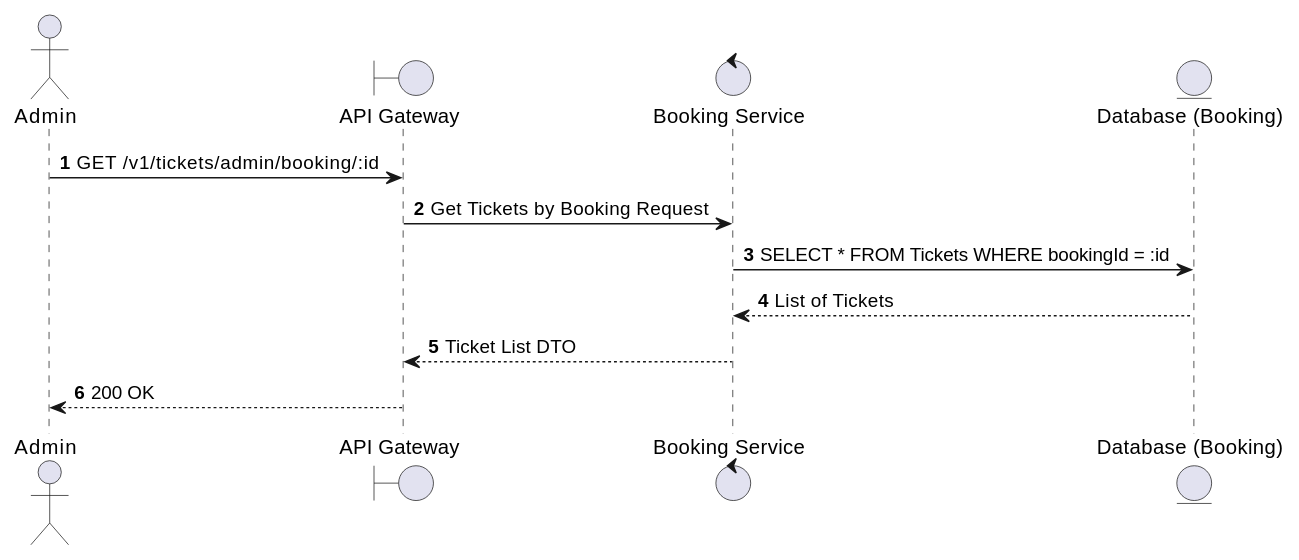
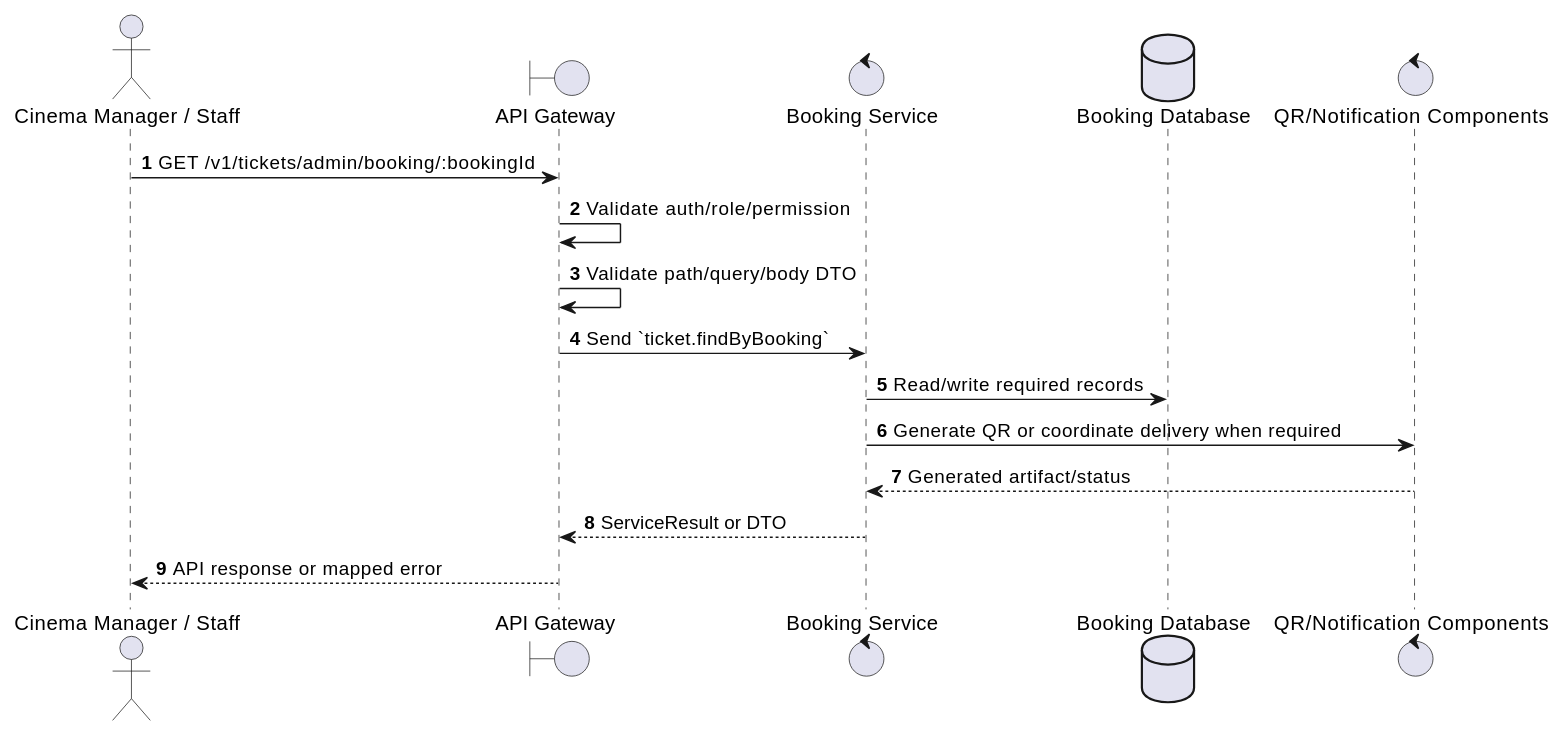
The first of 2 diagrams in docs/functional_specs/3.7_Ticket_Management_Module/TK-A03_Find_Tickets_by_Booking.md (Tanh1603/movie-hub-architecture), drawn with PlantUML before and after one commit. The commit also changed other lines of this file and 126 other files, not shown here.

````diff
--- a/docs/functional_specs/3.7_Ticket_Management_Module/TK-A03_Find_Tickets_by_Booking.md
+++ b/docs/functional_specs/3.7_Ticket_Management_Module/TK-A03_Find_Tickets_by_Booking.md
@@ -17,16 +17,20 @@
 ```plantuml
 @startuml
 autonumber
-actor Admin
+actor "Cinema Manager / Staff" as Actor
 boundary "API Gateway" as GW
-control "Booking Service" as BS
-entity "Database (Booking)" as DB
+control "Booking Service" as SVC
+database "Booking Database" as DB
+control "QR/Notification Components" as EXT
 
-Admin -> GW: GET /v1/tickets/admin/booking/:id
-GW -> BS: Get Tickets by Booking Request
-BS -> DB: SELECT * FROM Tickets WHERE bookingId = :id
-DB --> BS: List of Tickets
-BS --> GW: Ticket List DTO
-GW --> Admin: 200 OK
+Actor -> GW: GET /v1/tickets/admin/booking/:bookingId
+GW -> GW: Validate auth/role/permission
+GW -> GW: Validate path/query/body DTO
+GW -> SVC: Send `ticket.findByBooking`
+SVC -> DB: Read/write required records
+SVC -> EXT: Generate QR or coordinate delivery when required
+EXT --> SVC: Generated artifact/status
+SVC --> GW: ServiceResult or DTO
+GW --> Actor: API response or mapped error
 @enduml
 ```
````
